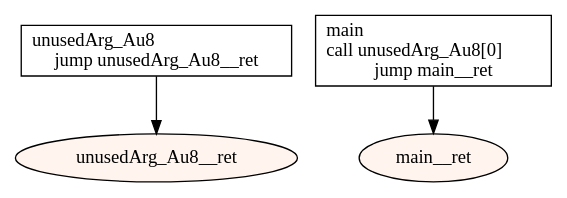
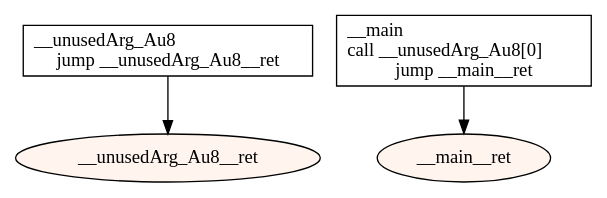
The diagram in src/main/resources-test/compiler/windows/unused.dot (tmssngr/tinyC), drawn with Graphviz before and after one commit. The commit also changed 523 other files, not shown here.

```diff
--- a/src/main/resources-test/compiler/windows/unused.dot
+++ b/src/main/resources-test/compiler/windows/unused.dot
@@ -1,13 +1,13 @@
 digraph program {
 	edge[fontsize="10pt"];
-	subgraph fn_unusedArg_Au8 {
-		BasicBlock_0_unusedArg_Au8 [label="unusedArg_Au8\ljump unusedArg_Au8__ret",shape=box];
-		BasicBlock_0_unusedArg_Au8 -> BasicBlock_0_unusedArg_Au8__ret;
-		BasicBlock_0_unusedArg_Au8__ret [label="unusedArg_Au8__ret",shape=oval,style=filled,fillcolor="#fff5ee"];
+	subgraph fn___unusedArg_Au8 {
+		BasicBlock_0___unusedArg_Au8 [label="__unusedArg_Au8\ljump __unusedArg_Au8__ret",shape=box];
+		BasicBlock_0___unusedArg_Au8 -> BasicBlock_0___unusedArg_Au8__ret;
+		BasicBlock_0___unusedArg_Au8__ret [label="__unusedArg_Au8__ret",shape=oval,style=filled,fillcolor="#fff5ee"];
 	}
-	subgraph fn_main {
-		BasicBlock_1_main [label="main\lcall unusedArg_Au8[0]\ljump main__ret",shape=box];
-		BasicBlock_1_main -> BasicBlock_1_main__ret;
-		BasicBlock_1_main__ret [label="main__ret",shape=oval,style=filled,fillcolor="#fff5ee"];
+	subgraph fn___main {
+		BasicBlock_1___main [label="__main\lcall __unusedArg_Au8[0]\ljump __main__ret",shape=box];
+		BasicBlock_1___main -> BasicBlock_1___main__ret;
+		BasicBlock_1___main__ret [label="__main__ret",shape=oval,style=filled,fillcolor="#fff5ee"];
 	}
 }
```
